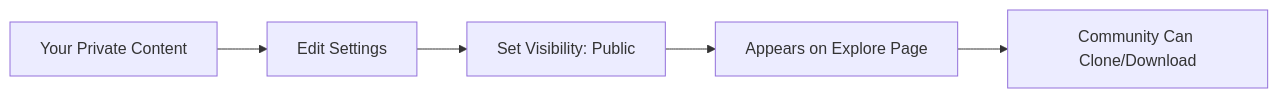
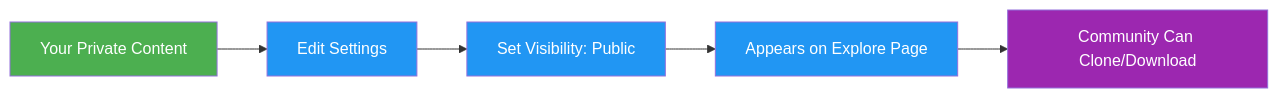
The third of 3 diagrams in docs/en/platform/explore.md (Dadalia1917/Yolo-RT-DETR-TrainCode), drawn with Mermaid before and after one commit. The commit also changed other lines of this file and 767 other files, not shown here.

````diff
--- a/docs/en/platform/explore.md
+++ b/docs/en/platform/explore.md
@@ -240,7 +239,11 @@
 ```mermaid
 graph LR
-    A[Your Private Content] --> B[Edit Settings]
-    B --> C[Set Visibility: Public]
-    C --> D[Appears on Explore Page]
-    D --> E[Community Can Clone/Download]
+    A[Your Private Content]:::start --> B[Edit Settings]:::proc
+    B --> C[Set Visibility: Public]:::proc
+    C --> D[Appears on Explore Page]:::proc
+    D --> E[Community Can Clone/Download]:::out
+
+    classDef start fill:#4CAF50,color:#fff
+    classDef proc fill:#2196F3,color:#fff
+    classDef out fill:#9C27B0,color:#fff
 ```
````
